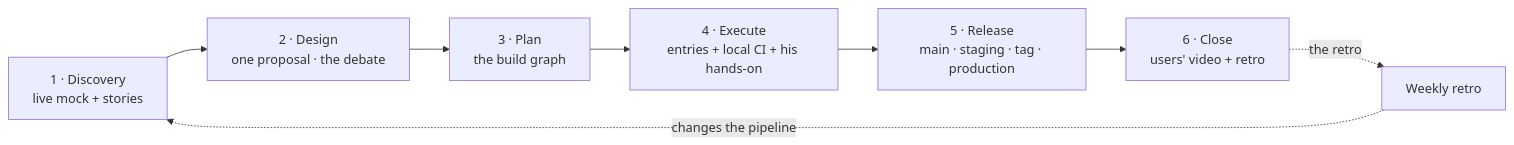
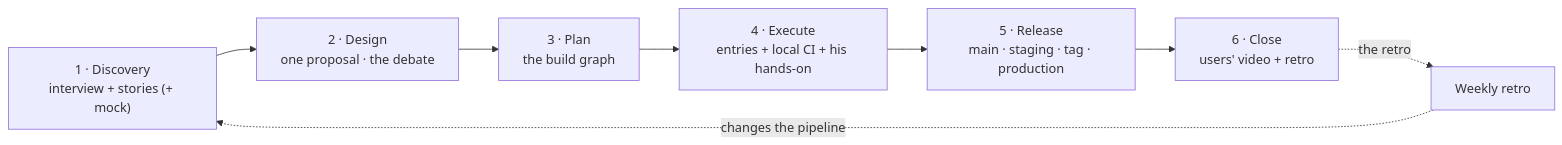
One commit to farias-77/skills changed the diagram in README.md. Above: the diagram before and after it, drawn with Mermaid. The commit also changed other lines of this file and 34 other files, not shown here.

````diff
--- a/README.md
+++ b/README.md
@@ -45,10 +45,10 @@
 ```mermaid
 flowchart LR
-  D1["1 · Discovery<br/>live mock + stories"] --> D2["2 · Design<br/>one proposal · the debate"]
+  D1["1 · Discovery<br/>interview + stories (+ mock)"] --> D2["2 · Design<br/>one proposal · the debate"]
   D2 --> D3["3 · Plan<br/>the build graph"]
   D3 --> D4["4 · Execute<br/>entries + local CI + his hands-on"]
   D4 --> D5["5 · Release<br/>main · staging · tag · production"]
   D5 --> D6["6 · Close<br/>users' video + retro"]
   D6 -. "the retro" .-> W["Weekly retro"]
   W -. "changes the pipeline" .-> D1
 ```
````
